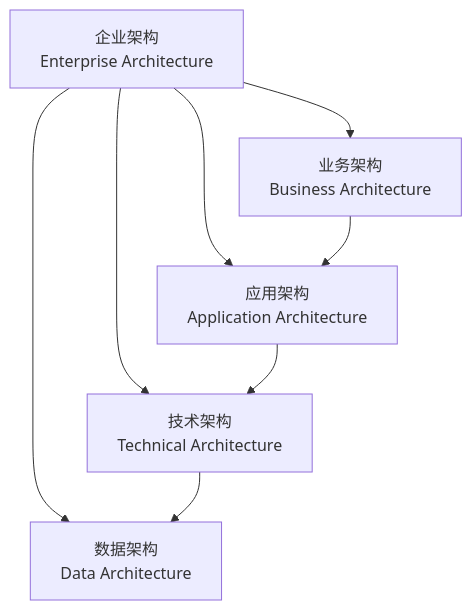
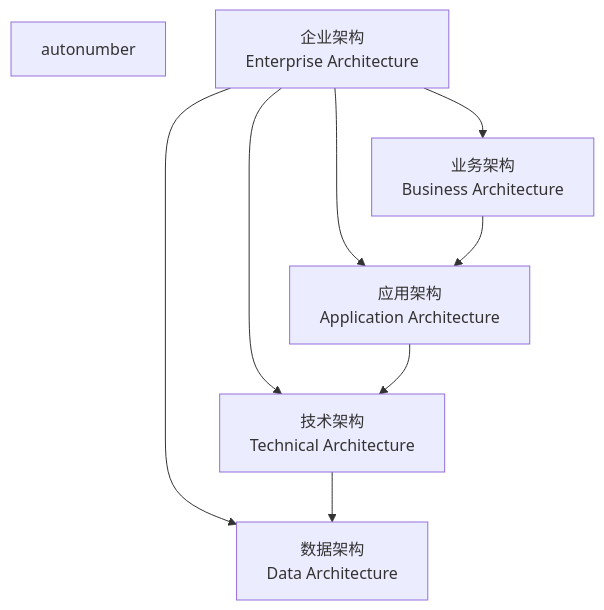
One commit to uwspstar/20-Day-Challenge-List changed the diagram in System Design/企业架构（Enterprise Architecture）”中四个主要层次.md. Above: the diagram before and after it, drawn with Mermaid.

Commit message:
Update 企业架构（Enterprise Architecture）”中四个主要层次.md

````diff
--- a/System Design/企业架构（Enterprise Architecture）”中四个主要层次.md
+++ b/System Design/企业架构（Enterprise Architecture）”中四个主要层次.md
@@ -5,16 +5,17 @@
 ```mermaid
 flowchart TD
+    autonumber
     EA[企业架构<br>Enterprise Architecture]
     BA[业务架构<br>Business Architecture]
     AA[应用架构<br>Application Architecture]
     TA[技术架构<br>Technical Architecture]
     DA[数据架构<br>Data Architecture]
 
     EA --> BA
     EA --> AA
     EA --> TA
     EA --> DA
     BA --> AA
     AA --> TA
     TA --> DA
 ```
````
